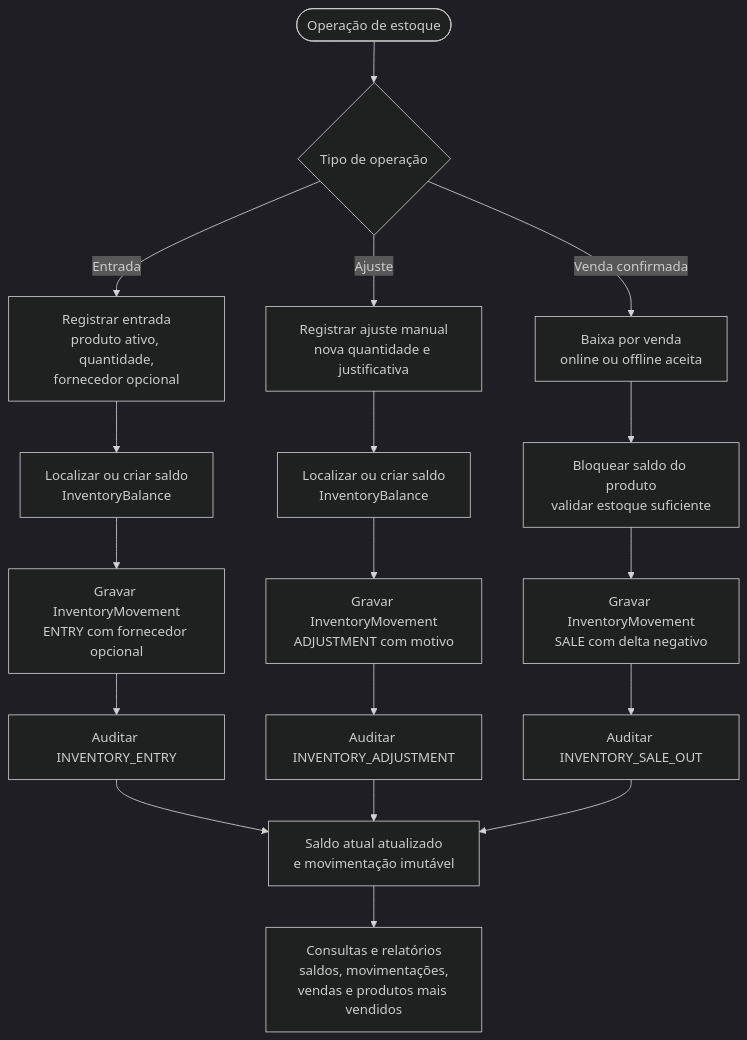
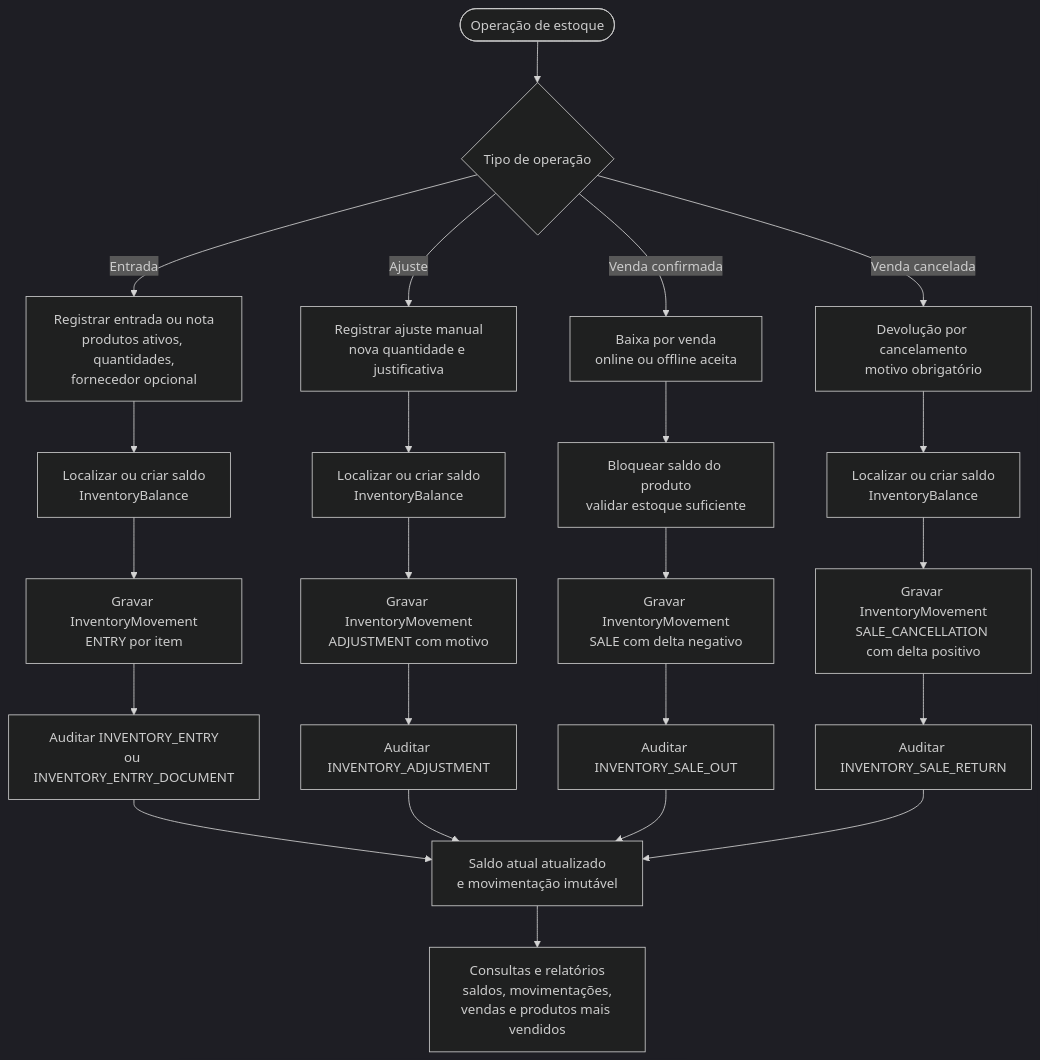
One commit to Fatech-Ypiranga/Mercado-One-Java changed the ninth of 9 diagrams in docs/diagramas.md. Above: the diagram before and after it, drawn with Mermaid (dark theme). The commit also changed other lines of this file and 15 other files, not shown here.

````diff
--- a/docs/diagramas.md
+++ b/docs/diagramas.md
@@ -517,28 +531,33 @@
 ```mermaid
 flowchart TB
     Start([Operação de estoque])
 
     Start --> Choice{Tipo de operação}
 
-    Choice -->|"Entrada"| Entry["Registrar entrada\nproduto ativo, quantidade,\nfornecedor opcional"]
+    Choice -->|"Entrada"| Entry["Registrar entrada ou nota\nprodutos ativos, quantidades,\nfornecedor opcional"]
     Choice -->|"Ajuste"| Adjustment["Registrar ajuste manual\nnova quantidade e justificativa"]
     Choice -->|"Venda confirmada"| SaleOut["Baixa por venda\nonline ou offline aceita"]
+    Choice -->|"Venda cancelada"| SaleReturn["Devolução por cancelamento\nmotivo obrigatório"]
 
     Entry --> BalanceEntry["Localizar ou criar saldo\nInventoryBalance"]
     Adjustment --> BalanceAdjustment["Localizar ou criar saldo\nInventoryBalance"]
     SaleOut --> BalanceSale["Bloquear saldo do produto\nvalidar estoque suficiente"]
+    SaleReturn --> BalanceReturn["Localizar ou criar saldo\nInventoryBalance"]
 
-    BalanceEntry --> MovementEntry["Gravar InventoryMovement\nENTRY com fornecedor opcional"]
+    BalanceEntry --> MovementEntry["Gravar InventoryMovement\nENTRY por item"]
     BalanceAdjustment --> MovementAdjustment["Gravar InventoryMovement\nADJUSTMENT com motivo"]
     BalanceSale --> MovementSale["Gravar InventoryMovement\nSALE com delta negativo"]
+    BalanceReturn --> MovementReturn["Gravar InventoryMovement\nSALE_CANCELLATION com delta positivo"]
 
-    MovementEntry --> AuditEntry["Auditar INVENTORY_ENTRY"]
+    MovementEntry --> AuditEntry["Auditar INVENTORY_ENTRY\nou INVENTORY_ENTRY_DOCUMENT"]
     MovementAdjustment --> AuditAdjustment["Auditar INVENTORY_ADJUSTMENT"]
     MovementSale --> AuditSale["Auditar INVENTORY_SALE_OUT"]
+    MovementReturn --> AuditReturn["Auditar INVENTORY_SALE_RETURN"]
 
     AuditEntry --> Current["Saldo atual atualizado\ne movimentação imutável"]
     AuditAdjustment --> Current
     AuditSale --> Current
+    AuditReturn --> Current
 
     Current --> Reports["Consultas e relatórios\nsaldos, movimentações,\nvendas e produtos mais vendidos"]
 ```
````
